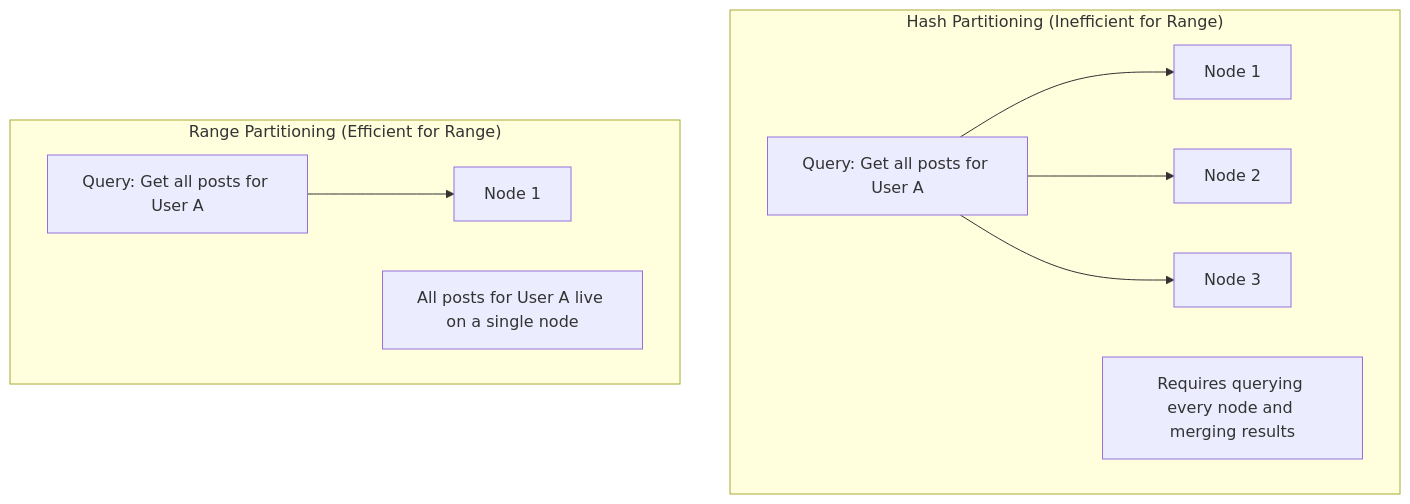
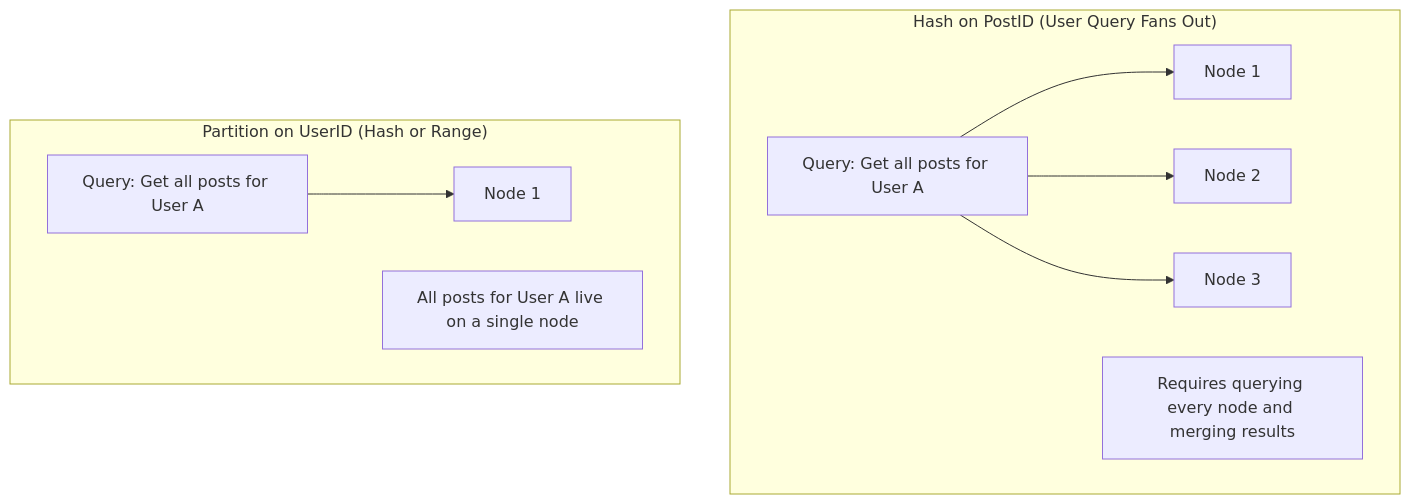
Before and after one commit to abhinnaagrawal/system-design-notes: the diagram in Core Concepts/Database Indexes/README.md, drawn with Mermaid. The commit also changed other lines of this file and 83 other files, not shown here.

````diff
--- a/Core Concepts/Database Indexes/README.md
+++ b/Core Concepts/Database Indexes/README.md
@@ -46,14 +46,14 @@
 ```mermaid
 flowchart TD
-    subgraph HashPart ["Hash Partitioning (Inefficient for Range)"]
+    subgraph HashPart ["Hash on PostID (User Query Fans Out)"]
         Q1["Query: Get all posts for User A"] --> N1["Node 1"]
         Q1 --> N2["Node 2"]
         Q1 --> N3["Node 3"]
         note1["Requires querying every node and merging results"]
     end
     
-    subgraph RangePart ["Range Partitioning (Efficient for Range)"]
+    subgraph RangePart ["Partition on UserID (Hash or Range)"]
         Q2["Query: Get all posts for User A"] --> N4["Node 1"]
         note2["All posts for User A live on a single node"]
     end
 ```
````
